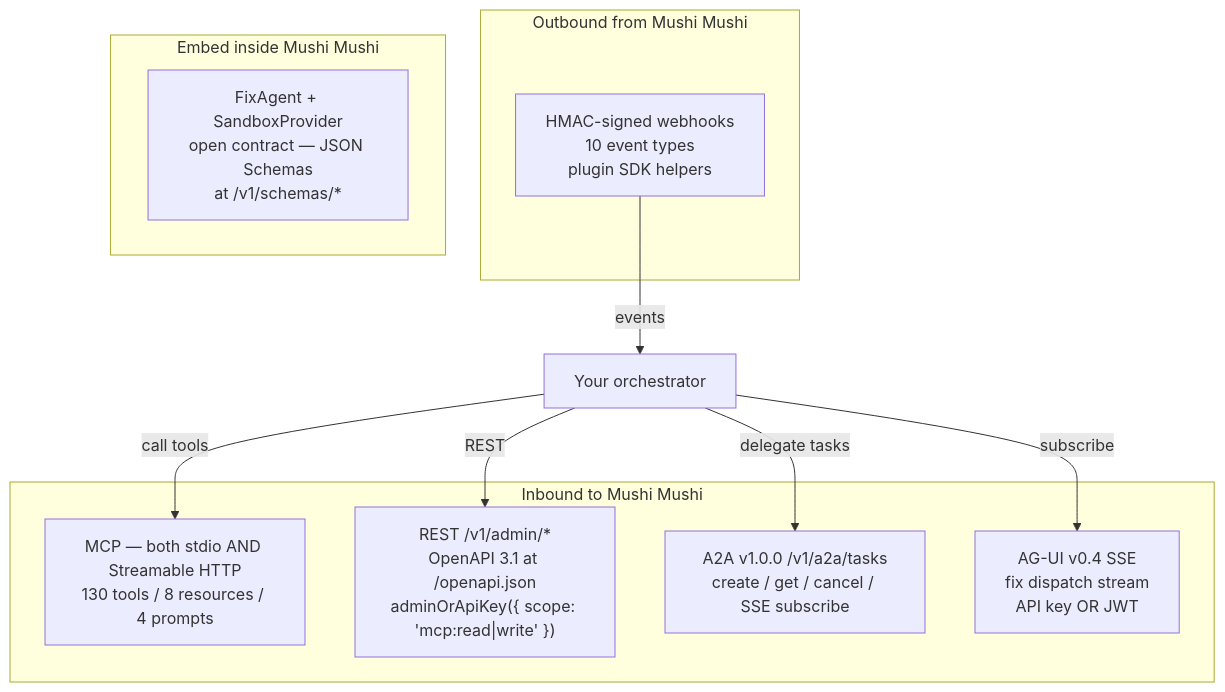
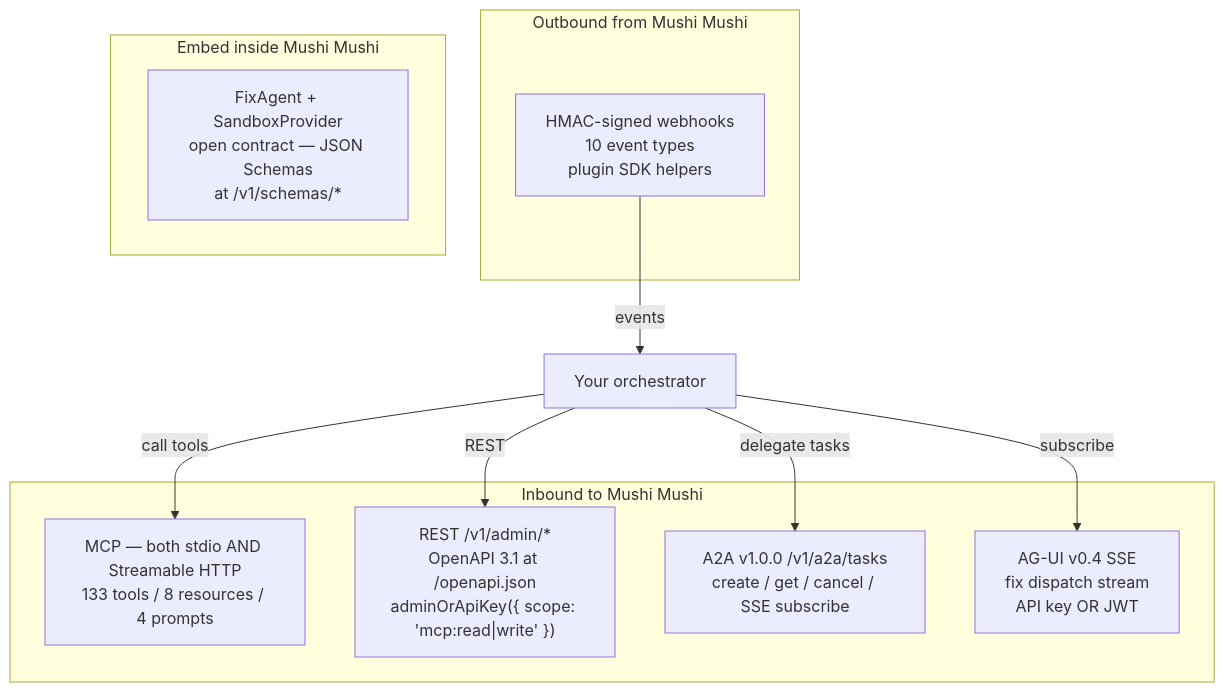
The diagram in apps/docs/content/concepts/orchestrator-interop.mdx (kensaurus/mushi-mushi), drawn with Mermaid before and after one commit. The commit also changed other lines of this file and 176 other files, not shown here.

````diff
--- a/apps/docs/content/concepts/orchestrator-interop.mdx
+++ b/apps/docs/content/concepts/orchestrator-interop.mdx
@@ -32,20 +32,20 @@
 ```mermaid
 flowchart TB
   subgraph Inbound["Inbound to Mushi Mushi"]
-    MCP["MCP — both stdio AND Streamable HTTP<br/>130 tools / 8 resources / 4 prompts"]
+    MCP["MCP — both stdio AND Streamable HTTP<br/>133 tools / 8 resources / 4 prompts"]
     REST["REST /v1/admin/*<br/>OpenAPI 3.1 at /openapi.json<br/>adminOrApiKey({ scope: 'mcp:read|write' })"]
     A2A["A2A v1.0.0 /v1/a2a/tasks<br/>create / get / cancel / SSE subscribe"]
     AGUI["AG-UI v0.4 SSE<br/>fix dispatch stream<br/>API key OR JWT"]
   end
   subgraph Outbound["Outbound from Mushi Mushi"]
     Hooks["HMAC-signed webhooks<br/>10 event types<br/>plugin SDK helpers"]
   end
   subgraph Native["Embed inside Mushi Mushi"]
     FA["FixAgent + SandboxProvider<br/>open contract — JSON Schemas<br/>at /v1/schemas/*"]
   end
   Orch["Your orchestrator"] -->|"call tools"| MCP
   Orch -->|"REST"| REST
   Orch -->|"delegate tasks"| A2A
   Orch -->|"subscribe"| AGUI
   Hooks -->|"events"| Orch
 ```
````
